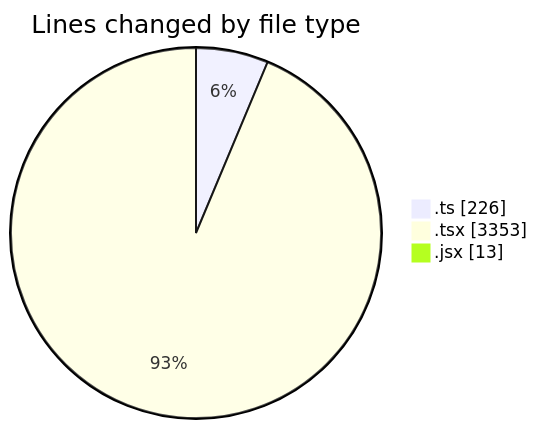
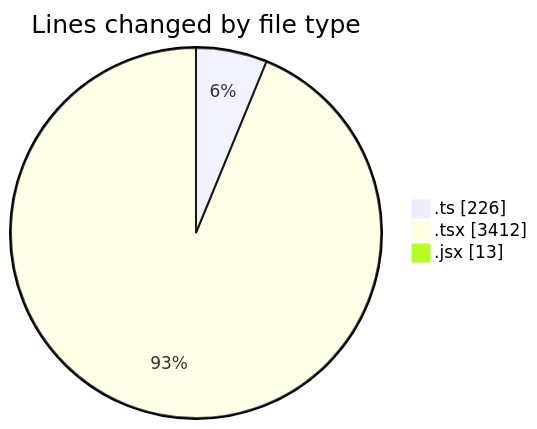
Before and after one commit to momahboobian/code-tracking: the first of 2 diagrams in 2025-12-02/cda/README.md, drawn with Mermaid. The commit also changed other lines of this file and 1 other file, not shown here.

````diff
--- a/2025-12-02/cda/README.md
+++ b/2025-12-02/cda/README.md
@@ -30,7 +30,7 @@
 ```mermaid
 pie showData
 title Lines changed by file type
 ".ts" : 226
-".tsx" : 3353
+".tsx" : 3412
 ".jsx" : 13
 ```
````
